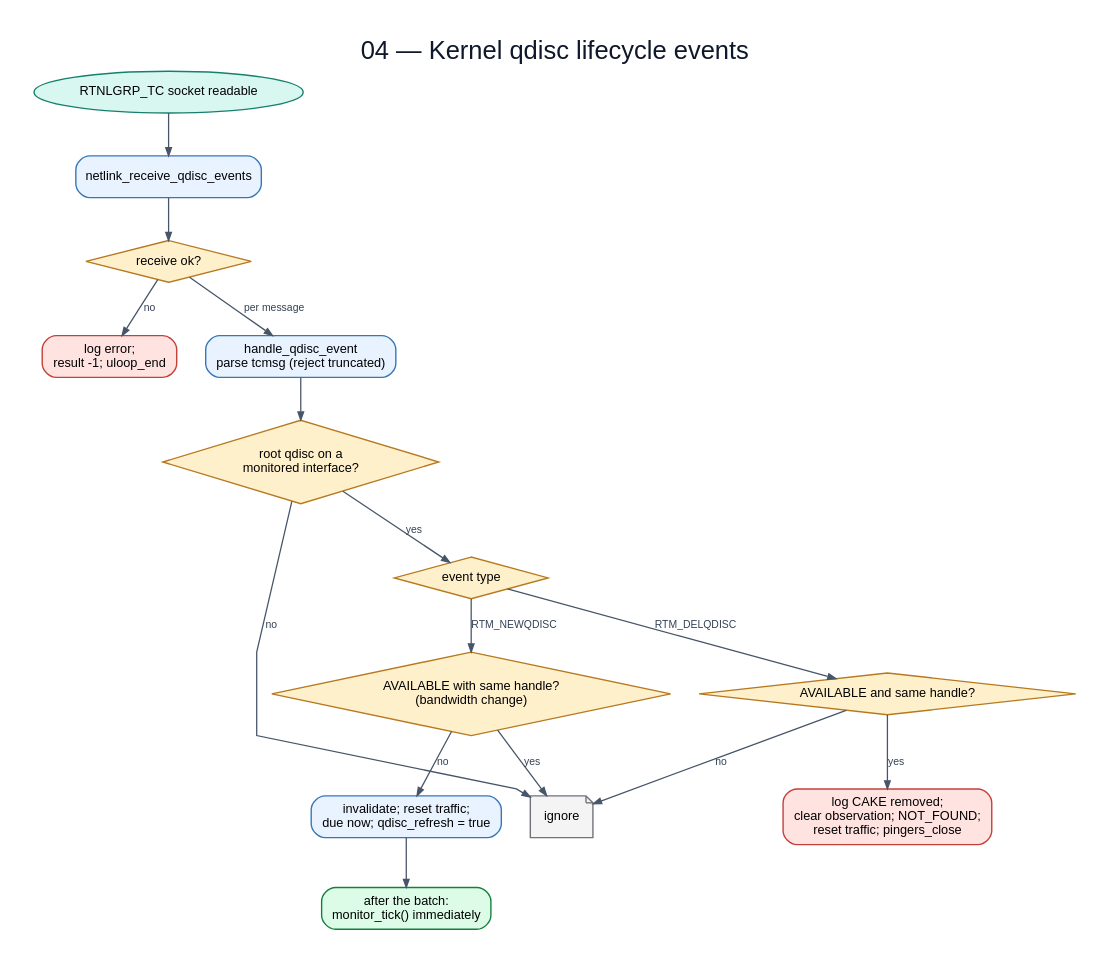
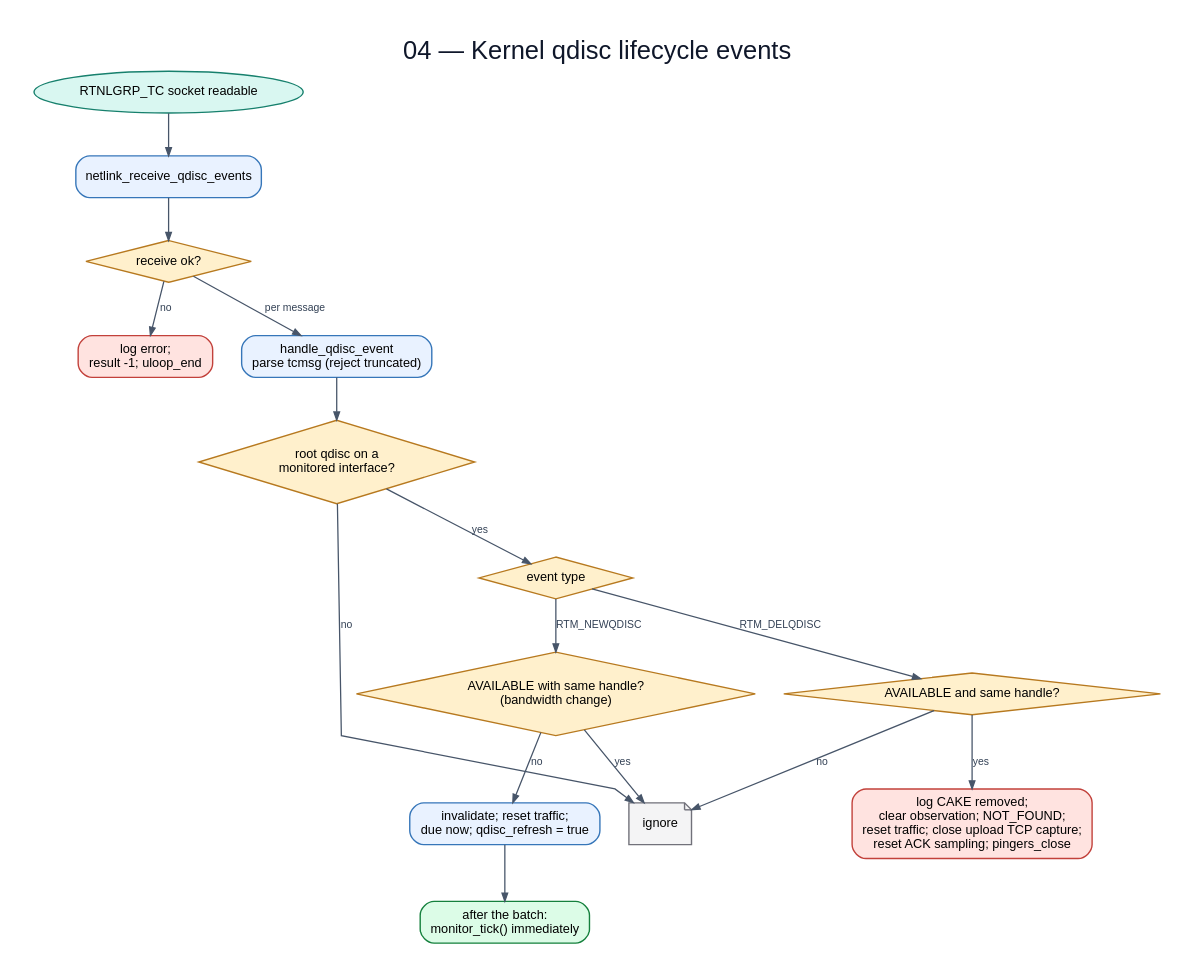
Before and after one commit to huydoan94/cake-adapt: the diagram in flowchart/diagrams/04-qdisc-lifecycle.dot, drawn with Graphviz. The commit also changed 8 other files, not shown here.

Commit message:
flowchart: follow the context refactor

```diff
--- a/flowchart/diagrams/04-qdisc-lifecycle.dot
+++ b/flowchart/diagrams/04-qdisc-lifecycle.dot
@@ -1,32 +1,32 @@
 digraph G {
   graph [rankdir=TB,bgcolor="white",pad="0.30",nodesep="0.35",ranksep="0.48",splines=polyline,fontname="Arial",label="04 — Kernel qdisc lifecycle events",labelloc=t,fontsize=22,fontcolor="#0f172a"];
   node [fontname="Arial",fontsize=11,margin="0.14,0.09",penwidth=1.2];
   edge [fontname="Arial",fontsize=9,color="#475569",fontcolor="#334155",arrowsize=0.7,penwidth=1.1];
   fd [label="RTNLGRP_TC socket readable",shape=oval,style="filled",fillcolor="#d9f7f1",color="#17806d"];
   recv [label="netlink_receive_qdisc_events",shape=box,style="rounded,filled",fillcolor="#e9f2ff",color="#3676b9"];
   recvok [label="receive ok?",shape=diamond,style="filled",fillcolor="#fff0cc",color="#b7791f"];
   fatal [label="log error;\nresult -1; uloop_end",shape=box,style="rounded,filled",fillcolor="#ffe3e0",color="#c2413b"];
   parse [label="handle_qdisc_event\nparse tcmsg (reject truncated)",shape=box,style="rounded,filled",fillcolor="#e9f2ff",color="#3676b9"];
   match [label="root qdisc on a\nmonitored interface?",shape=diamond,style="filled",fillcolor="#fff0cc",color="#b7791f"];
   ignore [label="ignore",shape=note,style="filled",fillcolor="#f4f4f5",color="#71717a"];
   type [label="event type",shape=diamond,style="filled",fillcolor="#fff0cc",color="#b7791f"];
   delmatch [label="AVAILABLE and same handle?",shape=diamond,style="filled",fillcolor="#fff0cc",color="#b7791f"];
-  removed [label="log CAKE removed;\nclear observation; NOT_FOUND;\nreset traffic; pingers_close",shape=box,style="rounded,filled",fillcolor="#ffe3e0",color="#c2413b"];
+  removed [label="log CAKE removed;\nclear observation; NOT_FOUND;\nreset traffic; close upload TCP capture;\nreset ACK sampling; pingers_close",shape=box,style="rounded,filled",fillcolor="#ffe3e0",color="#c2413b"];
   same [label="AVAILABLE with same handle?\n(bandwidth change)",shape=diamond,style="filled",fillcolor="#fff0cc",color="#b7791f"];
   refresh [label="invalidate; reset traffic;\ndue now; qdisc_refresh = true",shape=box,style="rounded,filled",fillcolor="#e9f2ff",color="#3676b9"];
   cycle [label="after the batch:\nmonitor_tick() immediately",shape=box,style="rounded,filled,bold",fillcolor="#dcfce7",color="#15803d"];
   fd -> recv;
   recv -> recvok;
   recvok -> fatal [label="no"];
   recvok -> parse [label="per message"];
   parse -> match;
   match -> ignore [label="no"];
   match -> type [label="yes"];
   type -> delmatch [label="RTM_DELQDISC"];
   delmatch -> removed [label="yes"];
   delmatch -> ignore [label="no"];
   type -> same [label="RTM_NEWQDISC"];
   same -> ignore [label="yes"];
   same -> refresh [label="no"];
   refresh -> cycle;
 }
```
